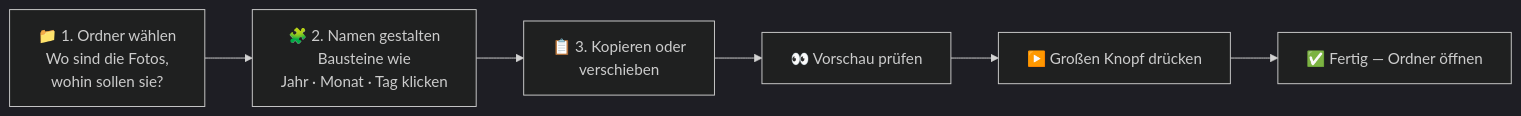
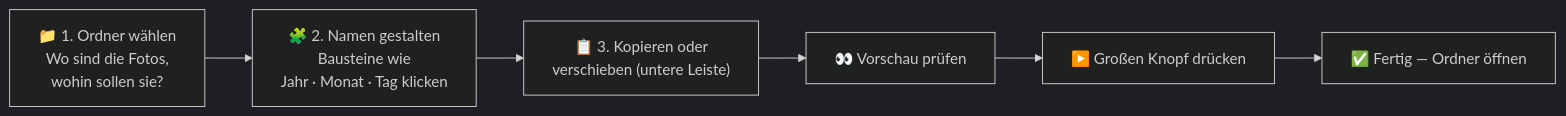
The first of 2 diagrams in docs/user-guide.de.md (jannikjordan/snapdate), drawn with Mermaid (dark theme) before and after one commit. The commit also changed other lines of this file and 57 other files, not shown here.

````diff
--- a/docs/user-guide.de.md
+++ b/docs/user-guide.de.md
@@ -54,8 +54,8 @@
 ```mermaid
 flowchart LR
     A["📁 1. Ordner wählen<br/>Wo sind die Fotos,<br/>wohin sollen sie?"] --> B["🧩 2. Namen gestalten<br/>Bausteine wie<br/>Jahr · Monat · Tag klicken"]
-    B --> C["📋 3. Kopieren oder<br/>verschieben"]
+    B --> C["📋 3. Kopieren oder<br/>verschieben (untere Leiste)"]
     C --> D["👀 Vorschau prüfen"]
     D --> E["▶️ Großen Knopf drücken"]
     E --> F["✅ Fertig — Ordner öffnen"]
 ```
````
